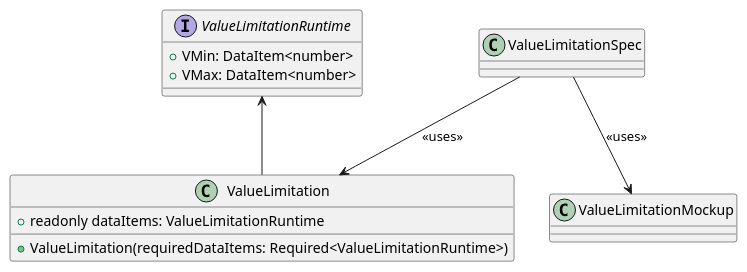
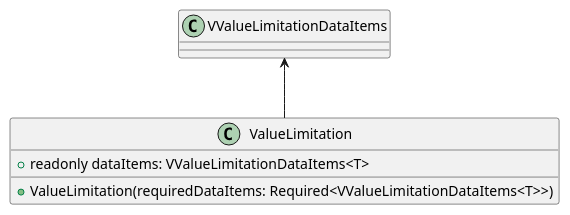
One commit to p2o-lab/polaris-backend changed the diagram in src/modularPlantManager/pea/dataAssembly/baseFunction/valueLimitation/ValueLimitation.puml. Above: the diagram before and after it, drawn with PlantUML. The commit also changed 12 other files, not shown here.

```diff
--- a/src/modularPlantManager/pea/dataAssembly/baseFunction/valueLimitation/ValueLimitation.puml
+++ b/src/modularPlantManager/pea/dataAssembly/baseFunction/valueLimitation/ValueLimitation.puml
@@ -26,18 +26,11 @@
 @startuml
 'https://plantuml.com/class-diagram
 
-interface ValueLimitationRuntime {
-	+ VMin: DataItem<number>
-	+ VMax: DataItem<number>
+class ValueLimitation{
+    + readonly dataItems: VValueLimitationDataItems<T>
+    + ValueLimitation(requiredDataItems: Required<VValueLimitationDataItems<T>>)
 }
 
-class ValueLimitation{
-    + readonly dataItems: ValueLimitationRuntime
-    + ValueLimitation(requiredDataItems: Required<ValueLimitationRuntime>)
-}
-
-ValueLimitationRuntime <-- ValueLimitation
-ValueLimitationSpec --> ValueLimitation : <<uses>>
-ValueLimitationSpec --> ValueLimitationMockup : <<uses>>
+VValueLimitationDataItems <-- ValueLimitation
 
 @enduml
```
